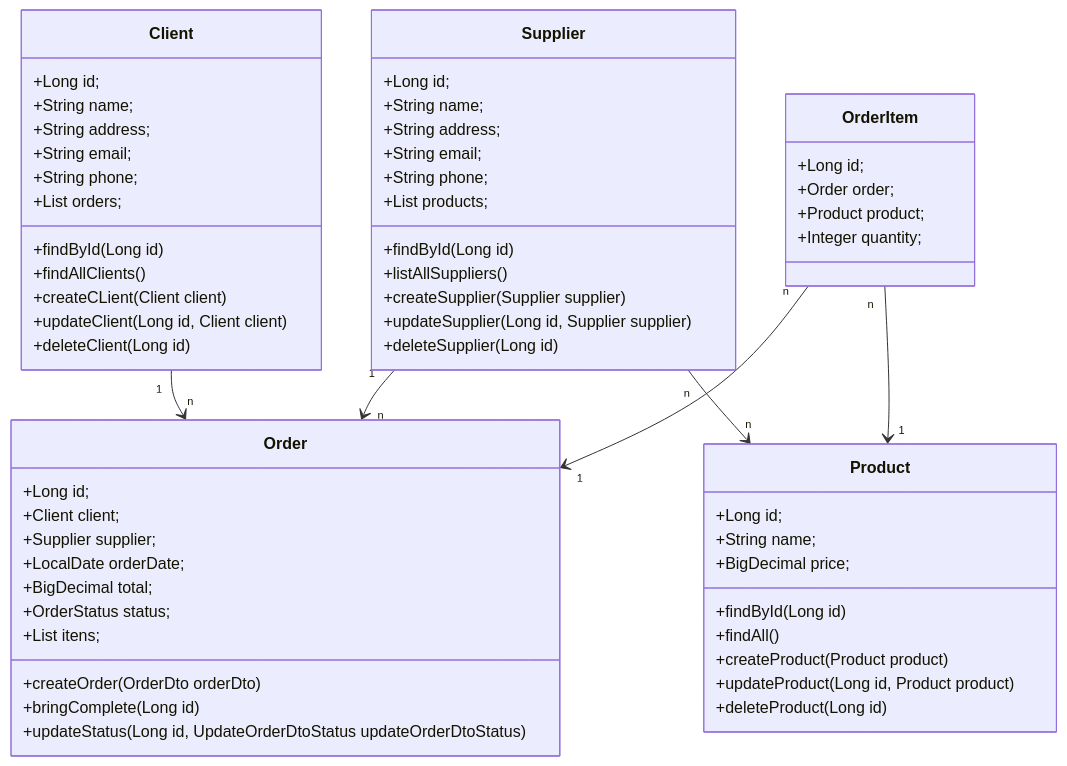
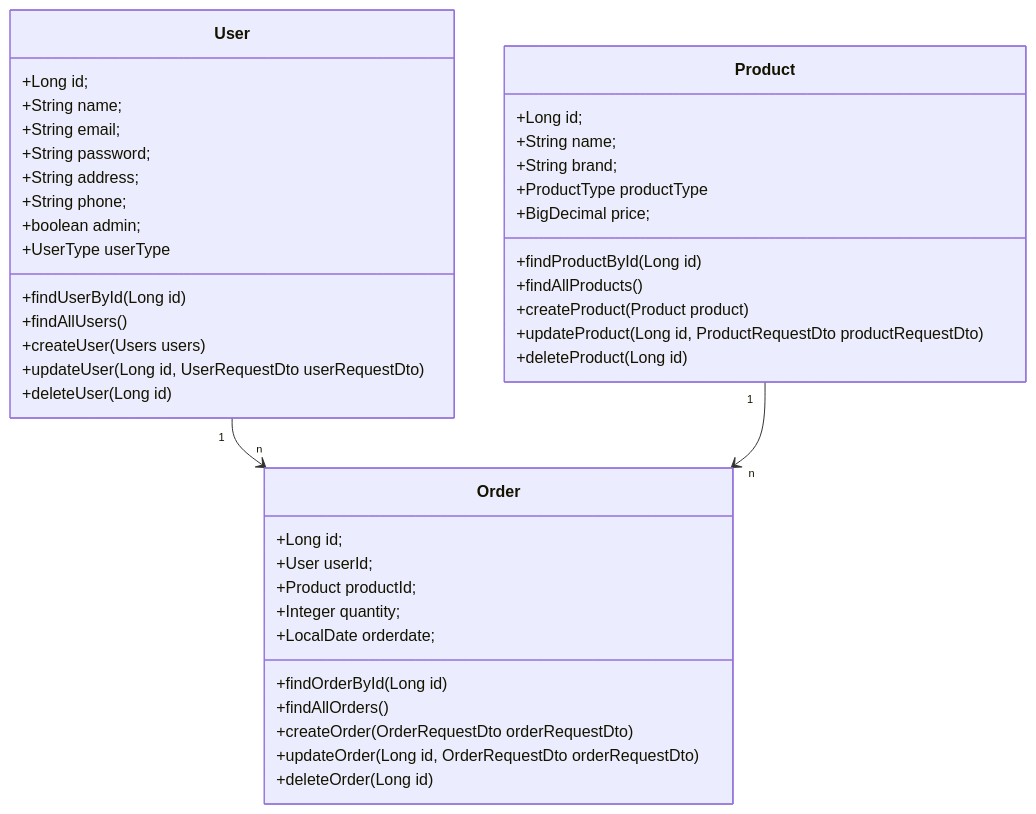
One commit to DiegoCasemiroFS/distribuidora changed the diagram in README.md. Above: the diagram before and after it, drawn with Mermaid. The commit also changed 9 other files, not shown here.

````diff
--- a/README.md
+++ b/README.md
@@ -8,73 +8,50 @@
 ```mermaid
-classDiagram
-    class Client {
-        +Long id;
-        +String name;
-        +String address;
-        +String email;
-        +String phone;
-        +List<Order> orders;
-        
-        +findById(Long id)
-        +findAllClients()
-        +createCLient(Client client)
-        +updateClient(Long id, Client client)
-        +deleteClient(Long id)
-    }
-    
-    class Supplier {
-        +Long id;
-        +String name;
-        +String address;
-        +String email;
-        +String phone;
-        +List<Product> products;
-        
-        +findById(Long id)
-        +listAllSuppliers()
-        +createSupplier(Supplier supplier)
-        +updateSupplier(Long id, Supplier supplier)
-        +deleteSupplier(Long id)
-    }
-    
+classDiagram   
     class Order {
         +Long id;
-        +Client client;
-        +Supplier supplier;
-        +LocalDate orderDate;
-        +BigDecimal total;
-        +OrderStatus status;
-        +List<OrderItem> itens;
+        +User userId;
+        +Product productId;
+        +Integer quantity;
+        +LocalDate orderdate;
         
-        +createOrder(OrderDto orderDto)
-        +bringComplete(Long id)
-        +updateStatus(Long id, UpdateOrderDtoStatus updateOrderDtoStatus)
-    }
-    
-    class OrderItem {
-
-        +Long id;
-        +Order order;
-        +Product product;
-        +Integer quantity;
+        +findOrderById(Long id)
+        +findAllOrders()
+        +createOrder(OrderRequestDto orderRequestDto)
+        +updateOrder(Long id, OrderRequestDto orderRequestDto)
+        +deleteOrder(Long id)
     }
     
     class Product {
         +Long id;
         +String name;
+        +String brand;
+        +ProductType productType
         +BigDecimal price;
         
-        +findById(Long id)
-        +findAll()
+        +findProductById(Long id)
+        +findAllProducts()
         +createProduct(Product product)
-        +updateProduct(Long id, Product product)
+        +updateProduct(Long id, ProductRequestDto productRequestDto)
         +deleteProduct(Long id)
     }
+    
+        class User {
+        +Long id;
+        +String name;
+        +String email;
+        +String password;
+        +String address;
+        +String phone;
+        +boolean admin;
+        +UserType userType
+        
+        +findUserById(Long id)
+        +findAllUsers()
+        +createUser(Users users)
+        +updateUser(Long id, UserRequestDto userRequestDto)
+        +deleteUser(Long id)
+    }
 
-    Client "1" --> "n" Order
-    Supplier "1" --> "n" Order
-    OrderItem "n" --> "1" Order
-    OrderItem "n" --> "1" Product
-    Supplier "n" --> "n" Product
-
+    User "1" --> "n" Order
+    Product "1" --> "n" Order
 ```
````
